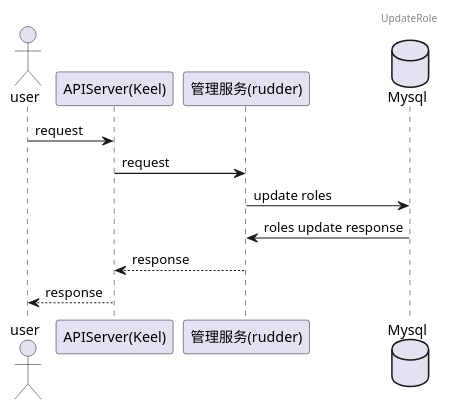
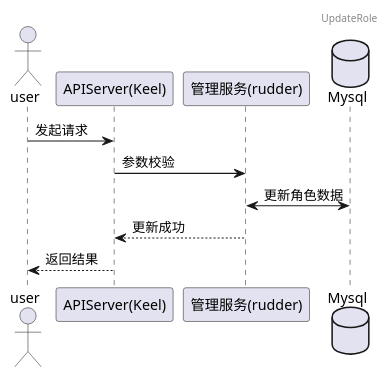
The third of 10 diagrams in docs/api/appendix/plantuml/user-manager-tenant.md (tkeel-io/docs), drawn with PlantUML before and after one commit. The commit also changed other lines of this file and 2 other files, not shown here.

````diff
--- a/docs/api/appendix/plantuml/user-manager-tenant.md
+++ b/docs/api/appendix/plantuml/user-manager-tenant.md
@@ -47,16 +45,16 @@
 ```plantuml
-
+@startuml
 header UpdateRole
-
 actor user
 participant "APIServer(Keel)"  as keel
 participant "管理服务(rudder)" as TenantService
 database Mysql
-user->keel:request
-keel->TenantService:request
-TenantService->Mysql:update roles
-Mysql->TenantService:  roles update response
-TenantService-->keel:response
-keel-->user:response
+user->keel:发起请求
+keel->TenantService:参数校验
+TenantService<->Mysql:更新角色数据
+TenantService-->keel:更新成功
+keel-->user:返回结果
+@enduml
+
 
 ```
````
